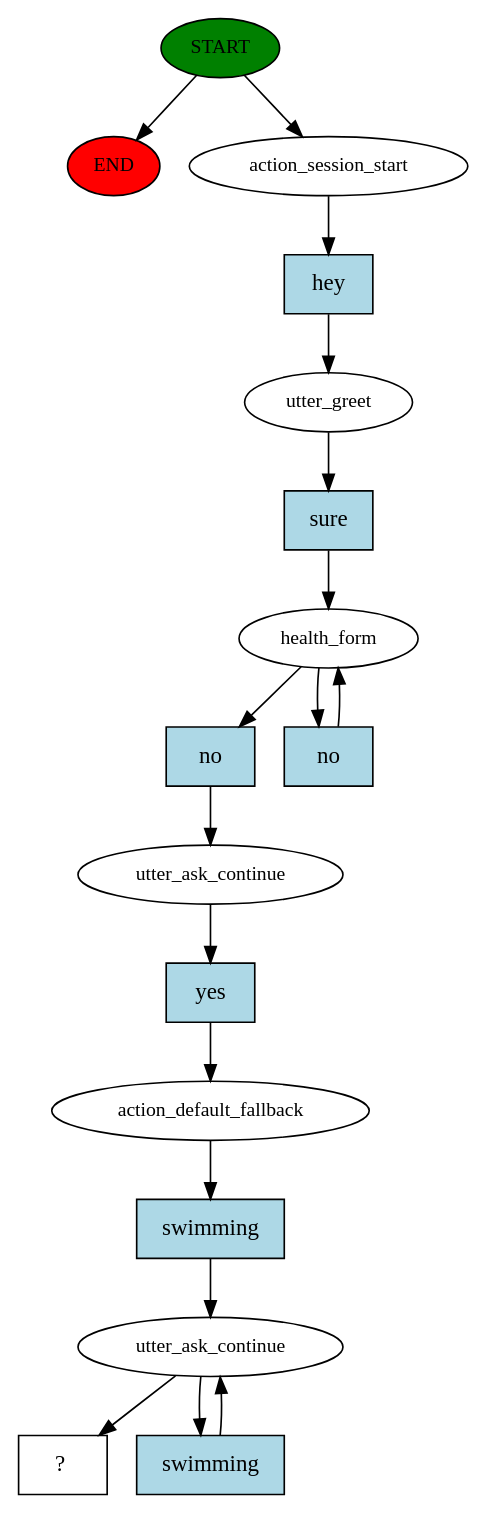
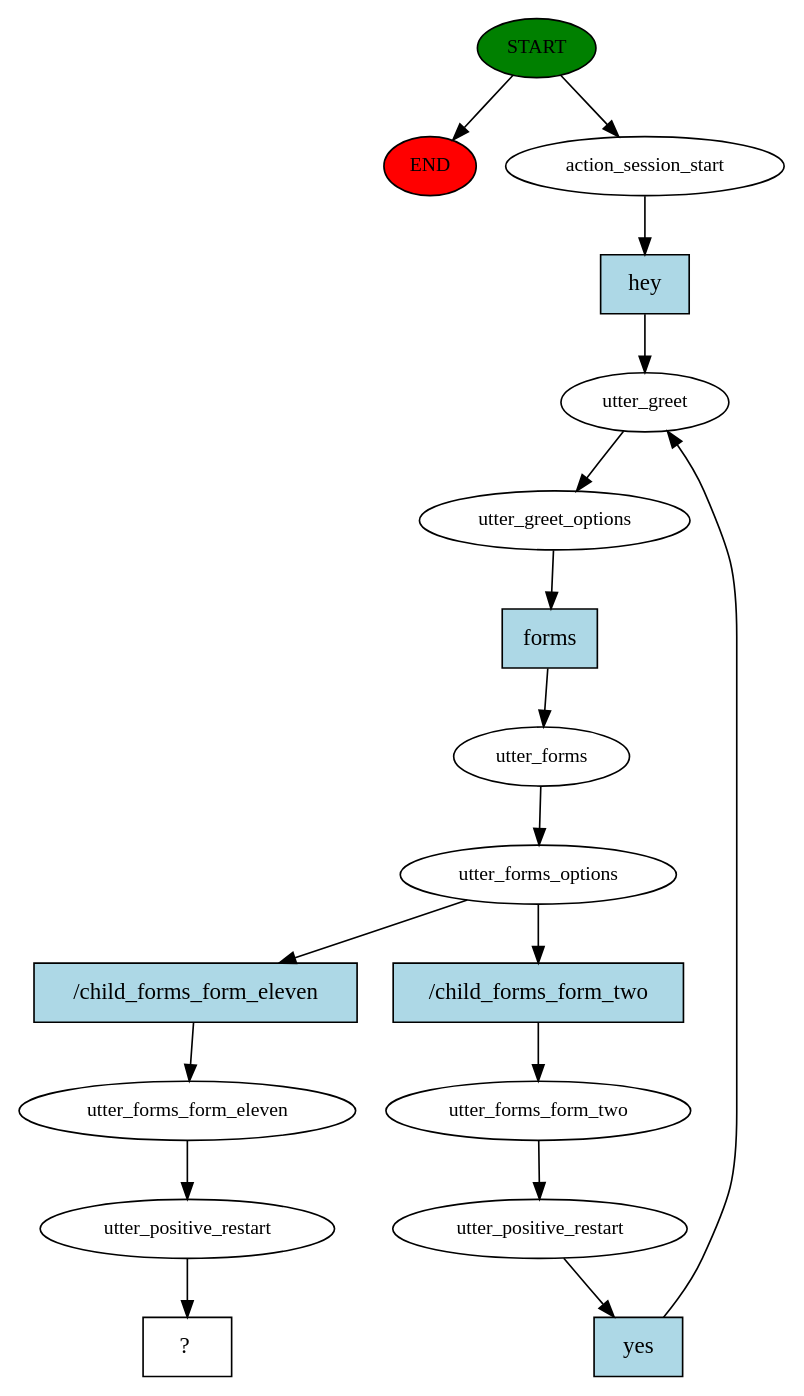
Before and after one commit to XI2121-AtulGaurav/rasa_chatbot: the diagram in backend/story_graph.dot, drawn with Graphviz. The commit also changed 21 other files, not shown here.

Commit message:
Added new backend & frontend with diagrams

```diff
--- a/backend/story_graph.dot
+++ b/backend/story_graph.dot
@@ -1,35 +1,36 @@
 digraph  {
 0 [class="start active", fillcolor=green, fontsize=12, label=START, style=filled];
 "-1" [class=end, fillcolor=red, fontsize=12, label=END, style=filled];
 1 [class=active, fontsize=12, label=action_session_start];
 2 [class=active, fontsize=12, label=utter_greet];
-3 [class=active, fontsize=12, label=health_form];
-5 [class=active, fontsize=12, label=utter_ask_continue];
-6 [class=active, fontsize=12, label=action_default_fallback];
-7 [class=active, fontsize=12, label=utter_ask_continue];
-9 [class="intent dashed active", label="  ?  ", shape=rect];
-10 [class="intent active", fillcolor=lightblue, label=hey, shape=rect, style=filled];
-11 [class="intent active", fillcolor=lightblue, label=sure, shape=rect, style=filled];
-12 [class="intent active", fillcolor=lightblue, label=no, shape=rect, style=filled];
-13 [class="intent active", fillcolor=lightblue, label=no, shape=rect, style=filled];
-14 [class="intent active", fillcolor=lightblue, label=yes, shape=rect, style=filled];
-15 [class="intent active", fillcolor=lightblue, label=swimming, shape=rect, style=filled];
-16 [class="intent active", fillcolor=lightblue, label=swimming, shape=rect, style=filled];
+3 [class=active, fontsize=12, label=utter_greet_options];
+4 [class=active, fontsize=12, label=utter_forms];
+5 [class=active, fontsize=12, label=utter_forms_options];
+6 [class=active, fontsize=12, label=utter_forms_form_two];
+7 [class=active, fontsize=12, label=utter_positive_restart];
+12 [class=active, fontsize=12, label=utter_forms_form_eleven];
+13 [class=active, fontsize=12, label=utter_positive_restart];
+14 [class="intent dashed active", label="  ?  ", shape=rect];
+15 [class="intent active", fillcolor=lightblue, label=hey, shape=rect, style=filled];
+16 [class="intent active", fillcolor=lightblue, label=forms, shape=rect, style=filled];
+17 [class="intent active", fillcolor=lightblue, label="/child_forms_form_two", shape=rect, style=filled];
+18 [class="intent active", fillcolor=lightblue, label="/child_forms_form_eleven", shape=rect, style=filled];
+19 [class="intent active", fillcolor=lightblue, label=yes, shape=rect, style=filled];
 0 -> "-1"  [class="", key=NONE, label=""];
 0 -> 1  [class=active, key=NONE, label=""];
-1 -> 10  [class=active, key=0];
-2 -> 11  [class=active, key=0];
-3 -> 12  [class=active, key=0];
-3 -> 13  [class=active, key=0];
-5 -> 14  [class=active, key=0];
-6 -> 15  [class=active, key=0];
-7 -> 9  [class=active, key=NONE, label=""];
-7 -> 16  [class=active, key=0];
-10 -> 2  [class=active, key=0];
-11 -> 3  [class=active, key=0];
-12 -> 5  [class=active, key=0];
-13 -> 3  [class=active, key=0];
-14 -> 6  [class=active, key=0];
-15 -> 7  [class=active, key=0];
-16 -> 7  [class=active, key=0];
+1 -> 15  [class=active, key=0];
+2 -> 3  [class=active, key=NONE, label=""];
+3 -> 16  [class=active, key=0];
+4 -> 5  [class=active, key=NONE, label=""];
+5 -> 17  [class=active, key=0];
+5 -> 18  [class=active, key=0];
+6 -> 7  [class=active, key=NONE, label=""];
+7 -> 19  [class=active, key=0];
+12 -> 13  [class=active, key=NONE, label=""];
+13 -> 14  [class=active, key=NONE, label=""];
+15 -> 2  [class=active, key=0];
+16 -> 4  [class=active, key=0];
+17 -> 6  [class=active, key=0];
+18 -> 12  [class=active, key=0];
+19 -> 2  [class=active, key=0];
 }
```
